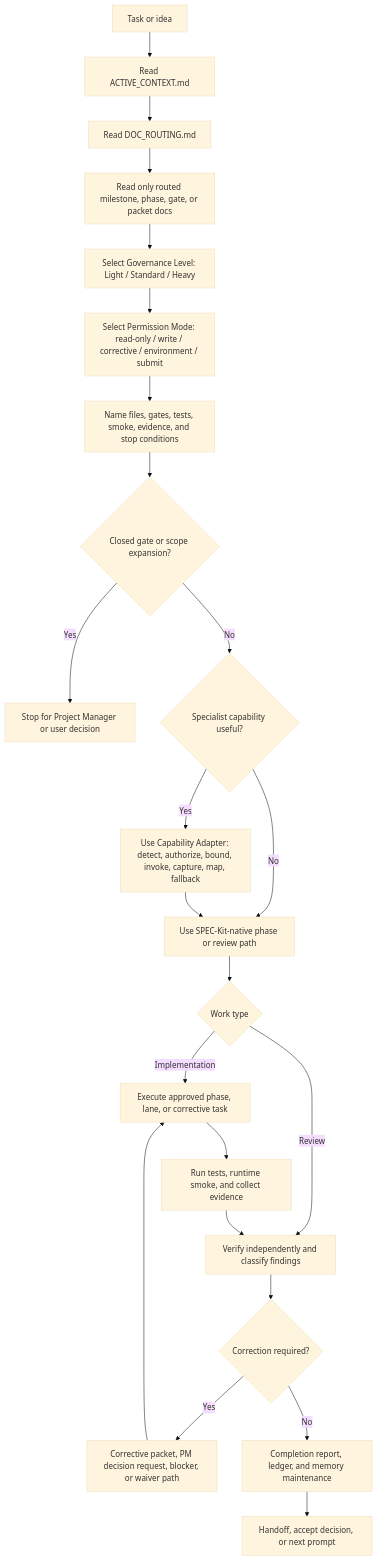
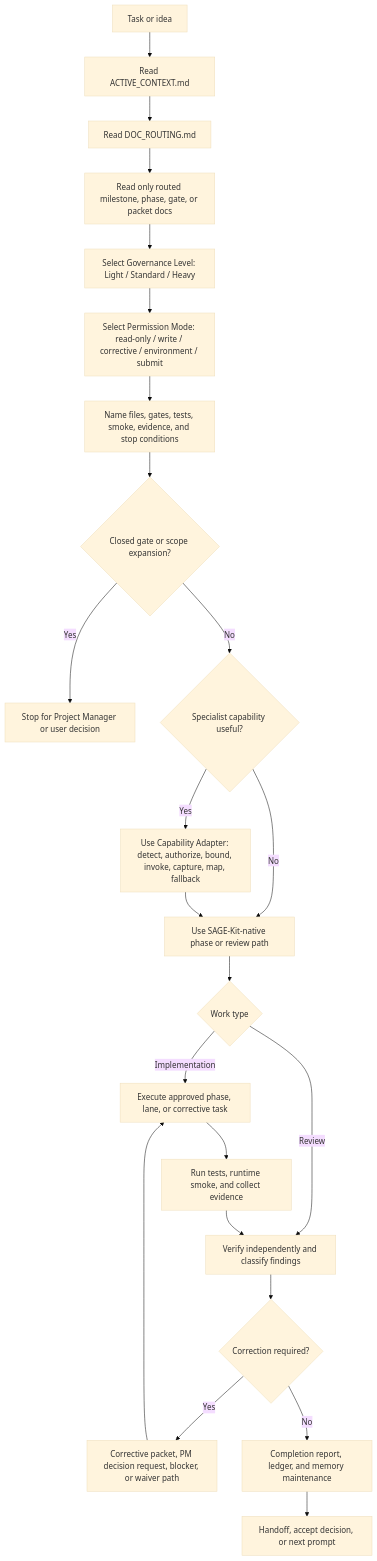
One commit to JoeKeepGo/SAGE-Kit changed the diagram in README.md. Above: the diagram before and after it, drawn with Mermaid (base theme). The commit also changed other lines of this file and 36 other files, not shown here.

Commit message:
Rename SPEC-Kit to SAGE-Kit

````diff
--- a/README.md
+++ b/README.md
@@ -418,25 +420,25 @@
 ```mermaid
 flowchart TD
   A["Task or idea"] --> B["Read ACTIVE_CONTEXT.md"]
   B --> C["Read DOC_ROUTING.md"]
   C --> D["Read only routed milestone, phase, gate, or packet docs"]
   D --> E["Select Governance Level: Light / Standard / Heavy"]
   E --> F["Select Permission Mode: read-only / write / corrective / environment / submit"]
   F --> G["Name files, gates, tests, smoke, evidence, and stop conditions"]
   G --> H{"Closed gate or scope expansion?"}
   H -- "Yes" --> I["Stop for Project Manager or user decision"]
   H -- "No" --> J{"Specialist capability useful?"}
   J -- "Yes" --> K["Use Capability Adapter: detect, authorize, bound, invoke, capture, map, fallback"]
-  J -- "No" --> L["Use SPEC-Kit-native phase or review path"]
+  J -- "No" --> L["Use SAGE-Kit-native phase or review path"]
   K --> L
   L --> M{"Work type"}
   M -- "Implementation" --> N["Execute approved phase, lane, or corrective task"]
   M -- "Review" --> O["Verify independently and classify findings"]
   N --> P["Run tests, runtime smoke, and collect evidence"]
   P --> O
   O --> Q{"Correction required?"}
   Q -- "Yes" --> R["Corrective packet, PM decision request, blocker, or waiver path"]
   R --> N
   Q -- "No" --> S["Completion report, ledger, and memory maintenance"]
   S --> T["Handoff, accept decision, or next prompt"]
 ```
````
